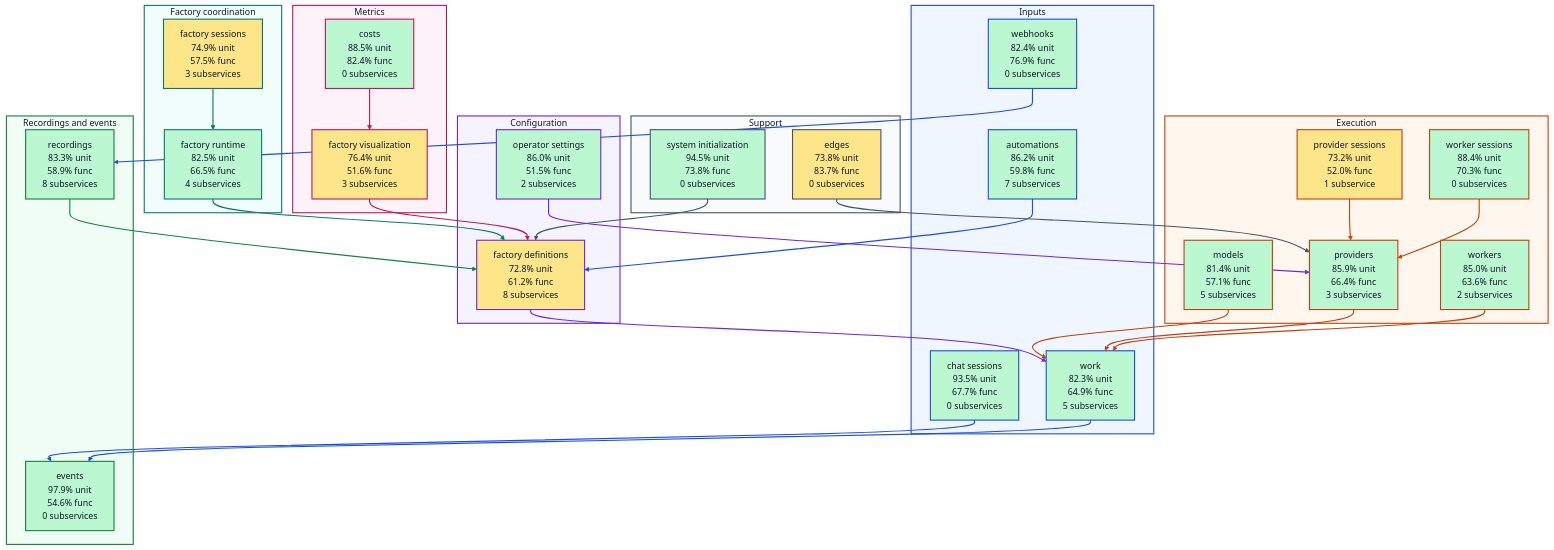
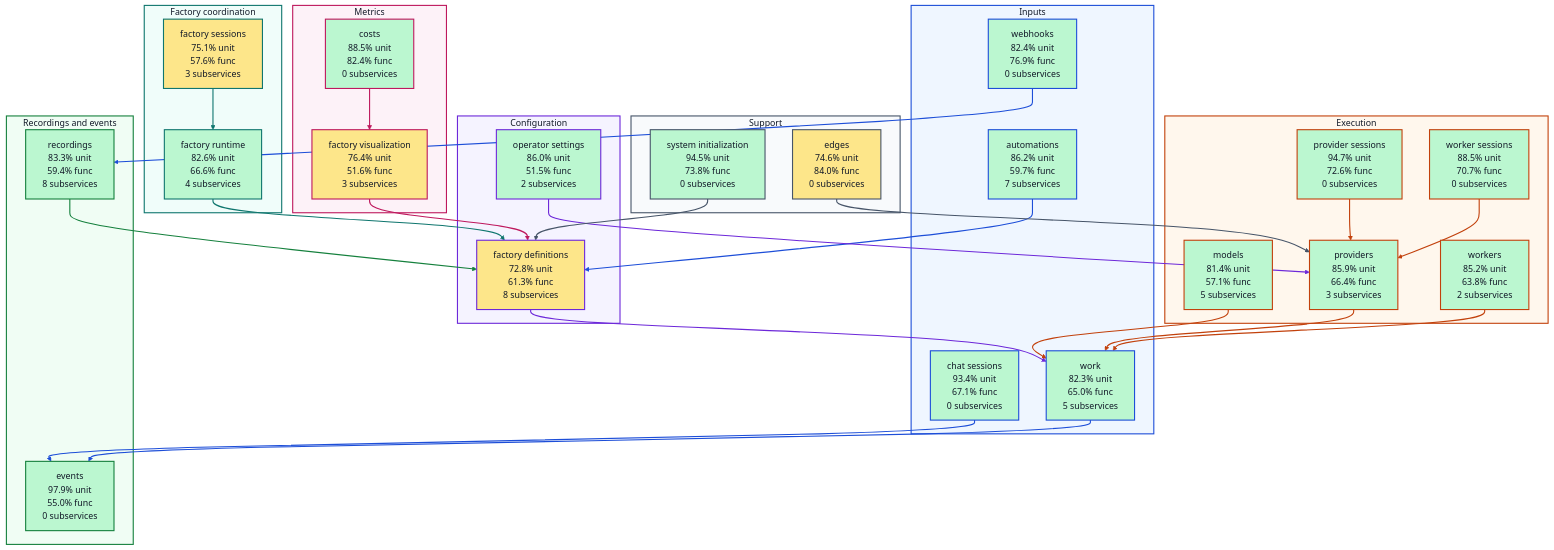
Before and after one commit to portpowered/you-agent-factory: the diagram in docs/architecture/visualizations/high-level-test-coverage.md, drawn with Mermaid. The commit also changed other lines of this file and 20 other files, not shown here.

Commit message:
docs: refresh backend architecture visualizations

````diff
--- a/docs/architecture/visualizations/high-level-test-coverage.md
+++ b/docs/architecture/visualizations/high-level-test-coverage.md
@@ -11,36 +11,36 @@
 ```mermaid
 flowchart TB
   subgraph input["Inputs"]
-    s_services_automations["automations<br/>86.2% unit<br/>59.8% func<br/>7 subservices"]
-    s_services_chat_sessions["chat sessions<br/>93.5% unit<br/>67.7% func<br/>0 subservices"]
+    s_services_automations["automations<br/>86.2% unit<br/>59.7% func<br/>7 subservices"]
+    s_services_chat_sessions["chat sessions<br/>93.4% unit<br/>67.1% func<br/>0 subservices"]
     s_services_webhooks["webhooks<br/>82.4% unit<br/>76.9% func<br/>0 subservices"]
-    s_services_work["work<br/>82.3% unit<br/>64.9% func<br/>5 subservices"]
+    s_services_work["work<br/>82.3% unit<br/>65.0% func<br/>5 subservices"]
   end
   subgraph configuration["Configuration"]
-    s_services_factory_definitions["factory definitions<br/>72.8% unit<br/>61.2% func<br/>8 subservices"]
+    s_services_factory_definitions["factory definitions<br/>72.8% unit<br/>61.3% func<br/>8 subservices"]
     s_services_operator_settings["operator settings<br/>86.0% unit<br/>51.5% func<br/>2 subservices"]
   end
   subgraph coordination["Factory coordination"]
-    s_services_factory_runtime["factory runtime<br/>82.5% unit<br/>66.5% func<br/>4 subservices"]
-    s_services_factory_sessions["factory sessions<br/>74.9% unit<br/>57.5% func<br/>3 subservices"]
+    s_services_factory_runtime["factory runtime<br/>82.6% unit<br/>66.6% func<br/>4 subservices"]
+    s_services_factory_sessions["factory sessions<br/>75.1% unit<br/>57.6% func<br/>3 subservices"]
   end
   subgraph execution["Execution"]
     s_services_models["models<br/>81.4% unit<br/>57.1% func<br/>5 subservices"]
-    s_services_provider_sessions["provider sessions<br/>73.2% unit<br/>52.0% func<br/>1 subservice"]
+    s_services_provider_sessions["provider sessions<br/>94.7% unit<br/>72.6% func<br/>0 subservices"]
     s_services_providers["providers<br/>85.9% unit<br/>66.4% func<br/>3 subservices"]
-    s_services_worker_sessions["worker sessions<br/>88.4% unit<br/>70.3% func<br/>0 subservices"]
-    s_services_workers["workers<br/>85.0% unit<br/>63.6% func<br/>2 subservices"]
+    s_services_worker_sessions["worker sessions<br/>88.5% unit<br/>70.7% func<br/>0 subservices"]
+    s_services_workers["workers<br/>85.2% unit<br/>63.8% func<br/>2 subservices"]
   end
   subgraph recordings["Recordings and events"]
-    s_services_events["events<br/>97.9% unit<br/>54.6% func<br/>0 subservices"]
-    s_services_recordings["recordings<br/>83.3% unit<br/>58.9% func<br/>8 subservices"]
+    s_services_events["events<br/>97.9% unit<br/>55.0% func<br/>0 subservices"]
+    s_services_recordings["recordings<br/>83.3% unit<br/>59.4% func<br/>8 subservices"]
   end
   subgraph metrics["Metrics"]
     s_services_costs["costs<br/>88.5% unit<br/>82.4% func<br/>0 subservices"]
     s_services_factory_visualization["factory visualization<br/>76.4% unit<br/>51.6% func<br/>3 subservices"]
   end
   subgraph support["Support"]
-    s_services_edges["edges<br/>73.8% unit<br/>83.7% func<br/>0 subservices"]
+    s_services_edges["edges<br/>74.6% unit<br/>84.0% func<br/>0 subservices"]
     s_services_system_initialization["system initialization<br/>94.5% unit<br/>73.8% func<br/>0 subservices"]
   end
   s_services_automations --> s_services_factory_definitions
@@ -72,7 +72,7 @@
   style s_services_factory_visualization fill:#fde68a,stroke:#be185d,stroke-width:2px,color:#111827
   style s_services_models fill:#bbf7d0,stroke:#c2410c,stroke-width:2px,color:#111827
   style s_services_operator_settings fill:#bbf7d0,stroke:#6d28d9,stroke-width:2px,color:#111827
-  style s_services_provider_sessions fill:#fde68a,stroke:#c2410c,stroke-width:2px,color:#111827
+  style s_services_provider_sessions fill:#bbf7d0,stroke:#c2410c,stroke-width:2px,color:#111827
   style s_services_providers fill:#bbf7d0,stroke:#c2410c,stroke-width:2px,color:#111827
   style s_services_recordings fill:#bbf7d0,stroke:#15803d,stroke-width:2px,color:#111827
   style s_services_system_initialization fill:#bbf7d0,stroke:#475569,stroke-width:2px,color:#111827
````
